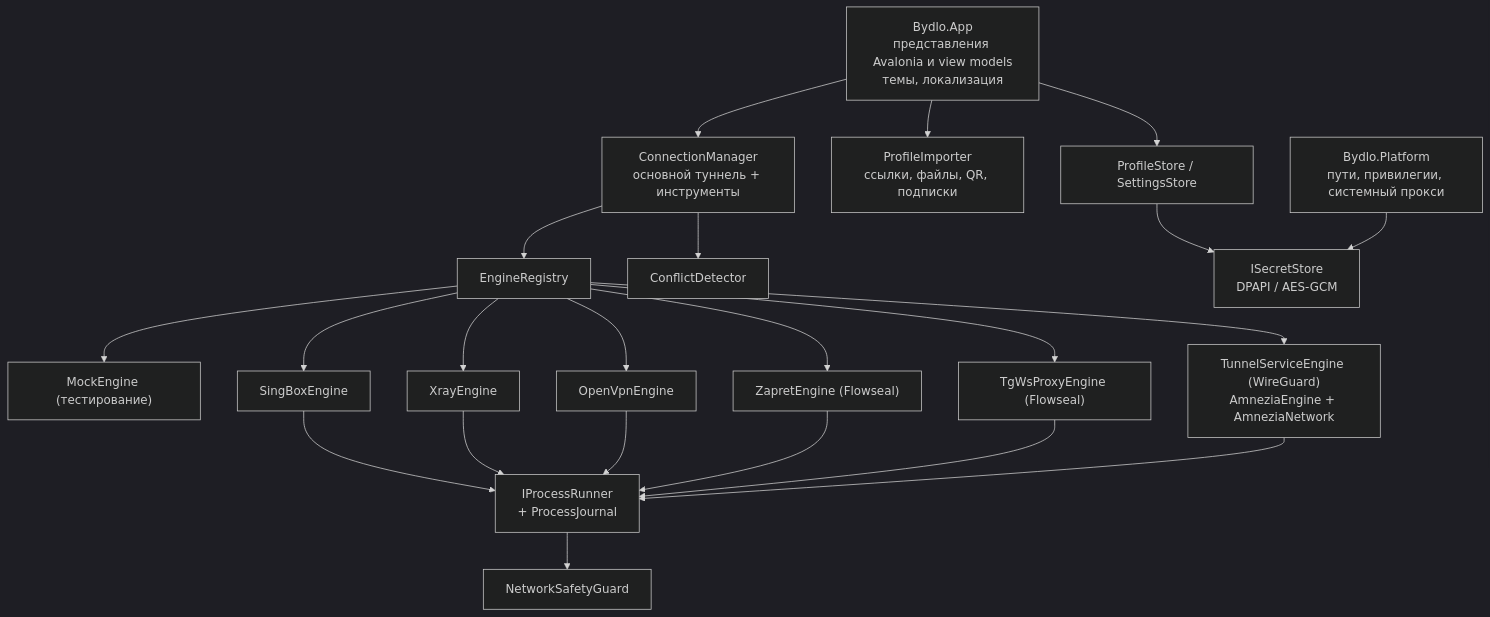
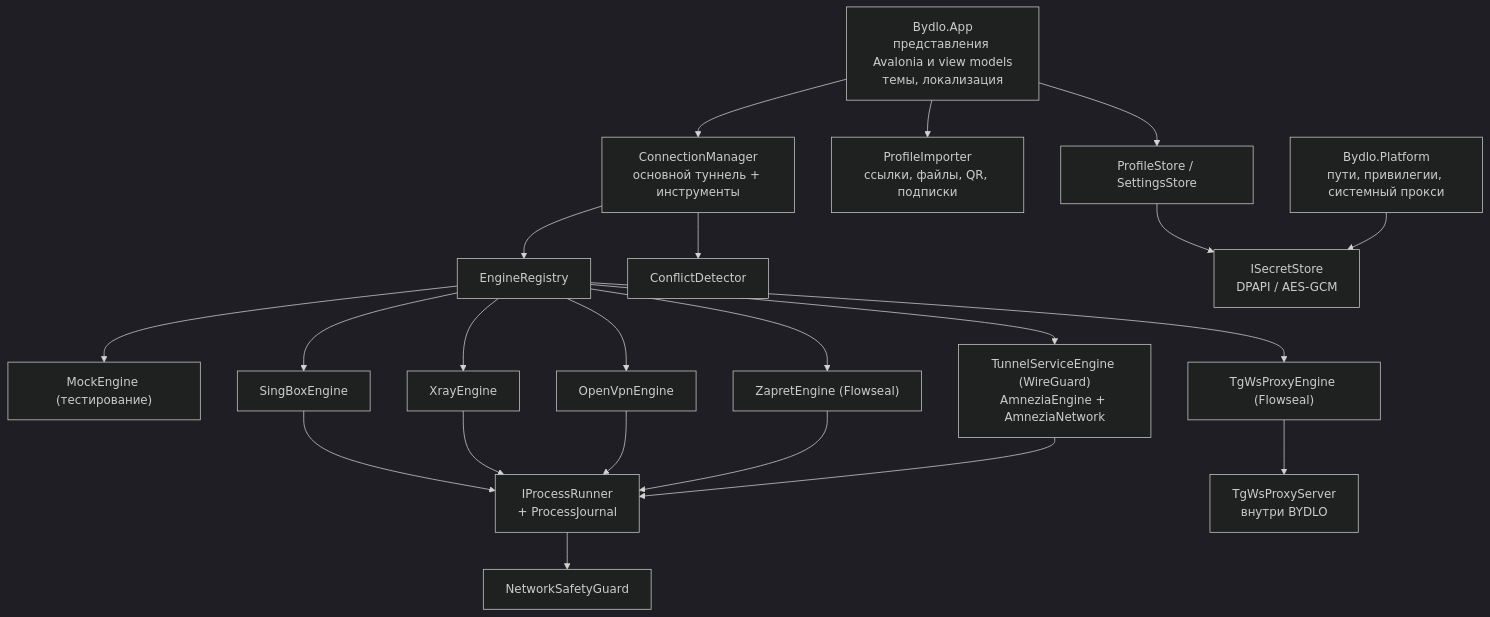
One commit to Aaqibhafeezkhan/BYDLO changed the diagram in docs/ARCHITECTURE.md. Above: the diagram before and after it, drawn with Mermaid (dark theme). The commit also changed other lines of this file and 9 other files, not shown here.

````diff
--- a/docs/ARCHITECTURE.md
+++ b/docs/ARCHITECTURE.md
@@ -6,20 +6,21 @@
 ```mermaid
 flowchart TD
   UI["Bydlo.App<br/>представления Avalonia и view models<br/>темы, локализация"] --> CM["ConnectionManager<br/>основной туннель + инструменты"]
   UI --> IMP["ProfileImporter<br/>ссылки, файлы, QR, подписки"]
   UI --> STORE["ProfileStore / SettingsStore"]
   CM --> REG["EngineRegistry"]
   CM --> CD["ConflictDetector"]
   REG --> MOCK["MockEngine (тестирование)"]
   REG --> SB["SingBoxEngine"]
   REG --> XR["XrayEngine"]
   REG --> WG["TunnelServiceEngine (WireGuard)<br/>AmneziaEngine + AmneziaNetwork"]
   REG --> OV["OpenVpnEngine"]
   REG --> ZA["ZapretEngine (Flowseal)"]
   REG --> TG["TgWsProxyEngine (Flowseal)"]
-  SB & XR & OV & ZA & TG --> PR["IProcessRunner<br/>+ ProcessJournal"]
+  SB & XR & OV & ZA --> PR["IProcessRunner<br/>+ ProcessJournal"]
+  TG --> RT["TgWsProxyServer<br/>внутри BYDLO"]
   WG --> PR
   PR --> GUARD["NetworkSafetyGuard"]
   STORE --> SEC["ISecretStore<br/>DPAPI / AES-GCM"]
   PLAT["Bydlo.Platform<br/>пути, привилегии, системный прокси"] --> SEC
 ```
````
